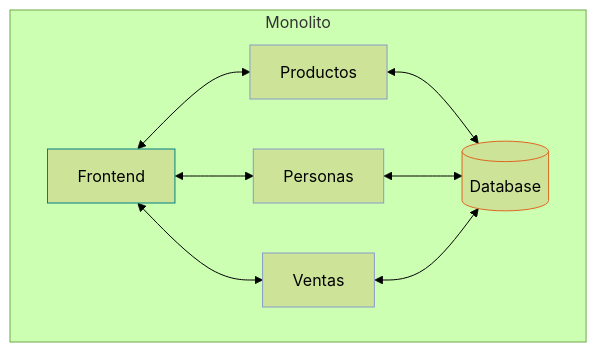
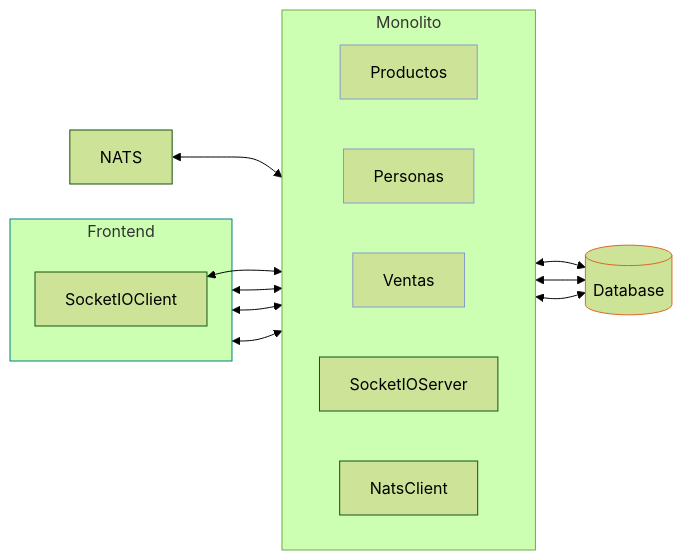
One commit to akobashikawa/tienda211-springboot changed the first of 2 diagrams in README.md. Above: the diagram before and after it, drawn with Mermaid (forest theme). The commit also changed other lines of this file and 85 other files, not shown here.

````diff
--- a/README.md
+++ b/README.md
@@ -5,20 +31,33 @@
 ```mermaid
-graph TD
+graph LR
     style Frontend stroke:teal
     style Productos stroke:#89c
     style Personas stroke:#89c 
     style Ventas stroke:#89c
     style database stroke:#d62
-    
+
+    subgraph Frontend
+        SocketIOClient
+    end
+
     subgraph Monolito
         direction LR
-        Frontend
-        Productos <--> database[(Database)]
-        Personas <--> database[(Database)]
-        Ventas <--> database[(Database)]
+        SocketIOServer
+        NatsClient
+        Productos
+        Personas
+        Ventas
     end
+
+    NATS <--> NatsClient
+
+    database
     
+    SocketIOClient <--> SocketIOServer
     Frontend <--> Productos
     Frontend <--> Personas
     Frontend <--> Ventas
+    Productos <--> database[(Database)]
+    Personas <--> database[(Database)]
+    Ventas <--> database[(Database)]
 ```
````
